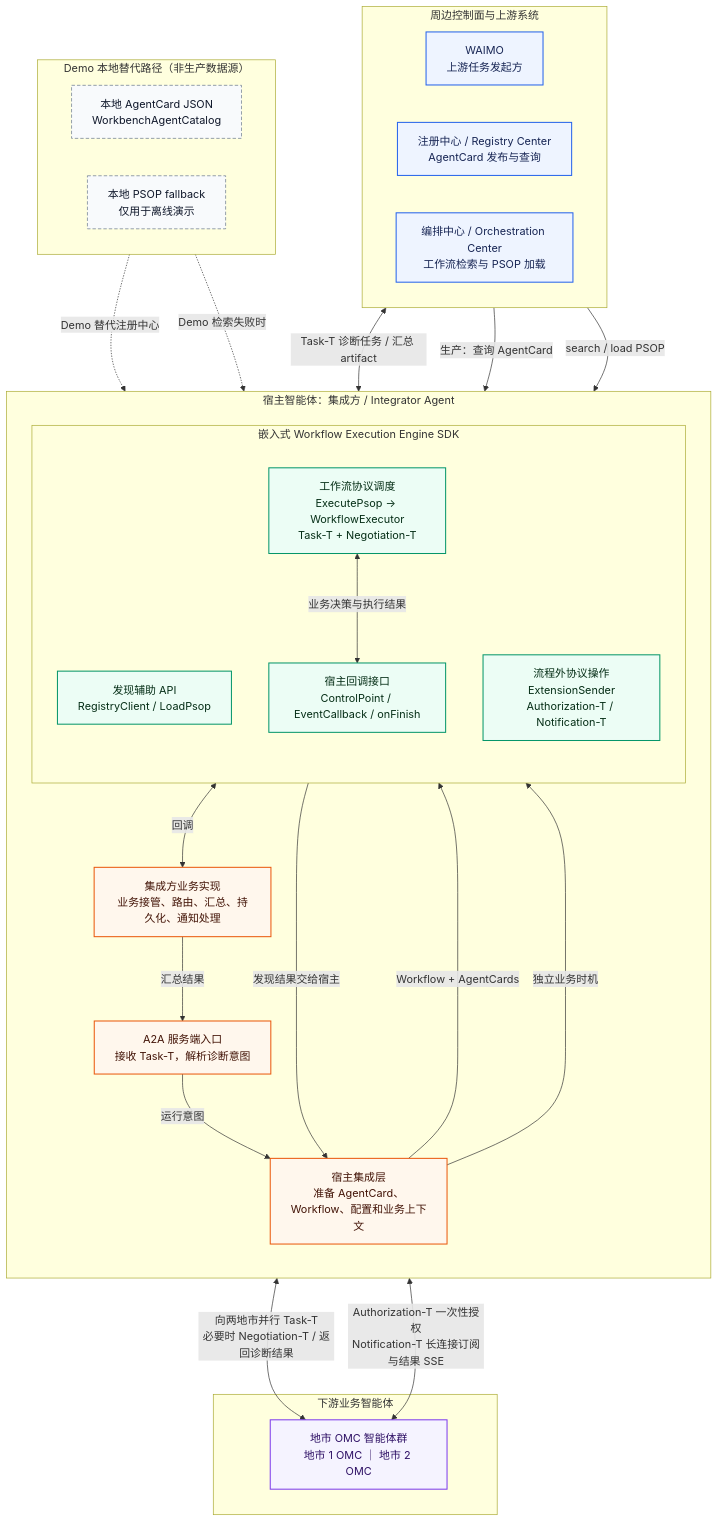
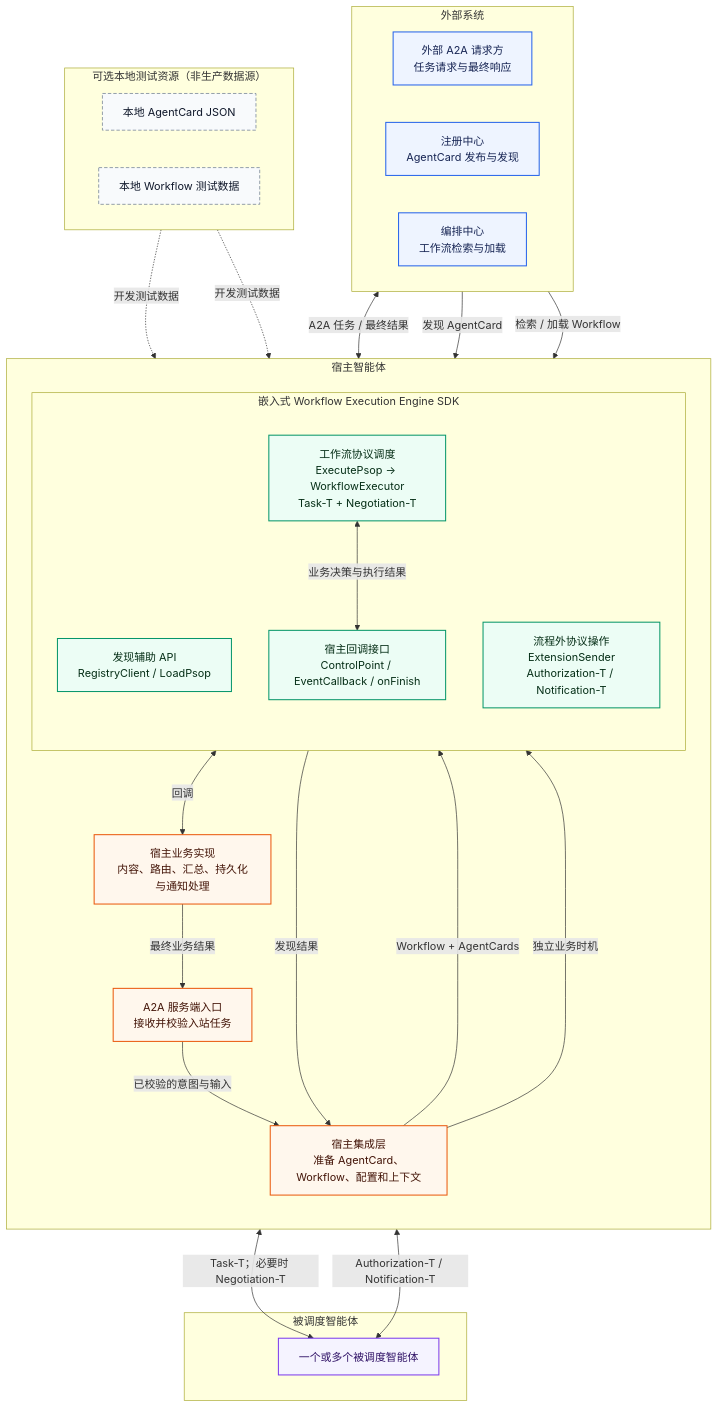
Before and after one commit to Zhoujie628/workflow-engine-sdk-java: the first of 4 diagrams in docs/zh/DESIGN.md, drawn with Mermaid. The commit also changed other lines of this file and 17 other files, not shown here.

````diff
--- a/docs/zh/DESIGN.md
+++ b/docs/zh/DESIGN.md
@@ -23,65 +23,65 @@
 ```mermaid
 %%{
   init: {
     "flowchart": {
       "curve": "basis",
       "nodeSpacing": 55,
       "rankSpacing": 75
     }
   }
 }%%
 flowchart TB
     classDef external fill: #EEF4FF, stroke: #2563EB, color: #172554, stroke-width: 1.5px
     classDef host fill: #FFF7ED, stroke: #EA580C, color: #431407, stroke-width: 1.5px
     classDef sdk fill: #ECFDF5, stroke: #059669, color: #052E16, stroke-width: 1.5px
     classDef local fill: #F8FAFC, stroke: #64748B, color: #0F172A, stroke-dasharray: 5 3
     classDef agent fill: #F5F3FF, stroke: #7C3AED, color: #2E1065, stroke-width: 1.5px
 
-    subgraph CONTROL["周边控制面与上游系统"]
+    subgraph CONTROL["外部系统"]
         direction LR
-        WAIMO["WAIMO<br/>上游任务发起方"]:::external
-        REG["注册中心 / Registry Center<br/>AgentCard 发布与查询"]:::external
-        ORCH["编排中心 / Orchestration Center<br/>工作流检索与 PSOP 加载"]:::external
+        CALLER["外部 A2A 请求方<br/>任务请求与最终响应"]:::external
+        REG["注册中心<br/>AgentCard 发布与发现"]:::external
+        ORCH["编排中心<br/>工作流检索与加载"]:::external
     end
 
-    subgraph HOST["宿主智能体：集成方 / Integrator Agent"]
+    subgraph HOST["宿主智能体"]
         direction TB
-        ENTRY["A2A 服务端入口<br/>接收 Task-T，解析诊断意图"]:::host
-        ADAPTER["宿主集成层<br/>准备 AgentCard、Workflow、配置和业务上下文"]:::host
+        ENTRY["A2A 服务端入口<br/>接收并校验入站任务"]:::host
+        ADAPTER["宿主集成层<br/>准备 AgentCard、Workflow、配置和上下文"]:::host
 
         subgraph ENGINE["嵌入式 Workflow Execution Engine SDK"]
             direction TB
             LOAD["发现辅助 API<br/>RegistryClient / LoadPsop"]:::sdk
             RUN["工作流协议调度<br/>ExecutePsop → WorkflowExecutor<br/>Task-T + Negotiation-T"]:::sdk
             CALLBACK["宿主回调接口<br/>ControlPoint / EventCallback / onFinish"]:::sdk
             EXT["流程外协议操作<br/>ExtensionSender<br/>Authorization-T / Notification-T"]:::sdk
         end
 
-        BIZ["集成方业务实现<br/>业务接管、路由、汇总、持久化、通知处理"]:::host
+        BIZ["宿主业务实现<br/>内容、路由、汇总、持久化与通知处理"]:::host
     end
 
-    subgraph SAMPLE["Demo 本地替代路径（非生产数据源）"]
+    subgraph SAMPLE["可选本地测试资源（非生产数据源）"]
         direction LR
-        LOCALCARD["本地 AgentCard JSON<br/>WorkbenchAgentCatalog"]:::local
-        LOCALPSOP["本地 PSOP fallback<br/>仅用于离线演示"]:::local
+        LOCALCARD["本地 AgentCard JSON"]:::local
+        LOCALPSOP["本地 Workflow 测试数据"]:::local
     end
 
-    subgraph DOWNSTREAM["下游业务智能体"]
-        OMCS["地市 OMC 智能体群<br/>地市 1 OMC ｜ 地市 2 OMC"]:::agent
+    subgraph DOWNSTREAM["被调度智能体"]
+        AGENTS["一个或多个被调度智能体"]:::agent
     end
 
-    WAIMO <-->|" Task-T 诊断任务 / 汇总 artifact "| ENTRY
-    ENTRY -->|" 运行意图 "| ADAPTER
-    REG -->|" 生产：查询 AgentCard "| LOAD
-    ORCH -->|" search / load PSOP "| LOAD
-    LOCALCARD -.->|" Demo 替代注册中心 "| ADAPTER
-    LOCALPSOP -.->|" Demo 检索失败时 "| ADAPTER
-    LOAD -->|" 发现结果交给宿主 "| ADAPTER
+    CALLER <-->|"A2A 任务 / 最终结果"| ENTRY
+    ENTRY -->|"已校验的意图与输入"| ADAPTER
+    REG -->|"发现 AgentCard"| LOAD
+    ORCH -->|"检索 / 加载 Workflow"| LOAD
+    LOCALCARD -.->|"开发测试数据"| ADAPTER
+    LOCALPSOP -.->|"开发测试数据"| ADAPTER
+    LOAD -->|"发现结果"| ADAPTER
     ADAPTER -->|" Workflow + AgentCards "| RUN
     RUN <-->|" 业务决策与执行结果 "| CALLBACK
     CALLBACK <-->|" 回调 "| BIZ
     ADAPTER -->|" 独立业务时机 "| EXT
-    RUN <-->|" 向两地市并行 Task-T<br/>必要时 Negotiation-T / 返回诊断结果 "| OMCS
-    EXT <-->|" Authorization-T 一次性授权<br/>Notification-T 长连接订阅与结果 SSE "| OMCS
-    BIZ -->|" 汇总结果 "| ENTRY
+    RUN <-->|"Task-T；必要时 Negotiation-T"| AGENTS
+    EXT <-->|"Authorization-T / Notification-T"| AGENTS
+    BIZ -->|"最终业务结果"| ENTRY
 ```
````
